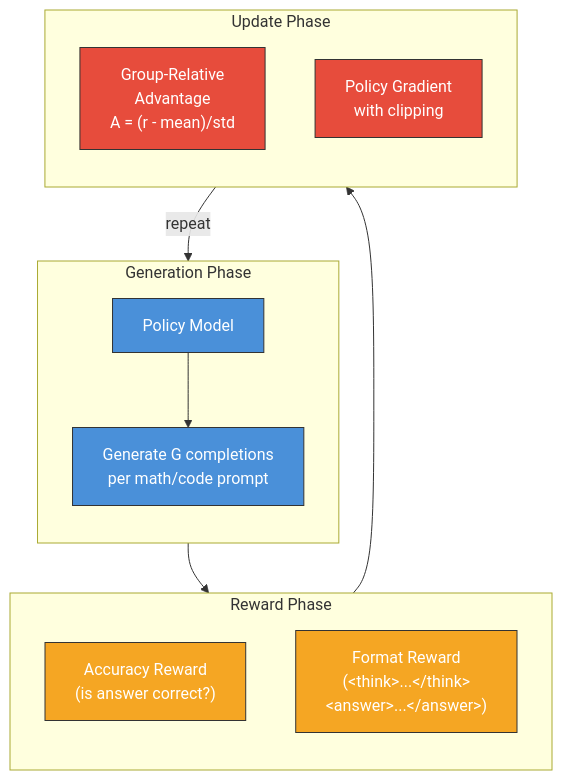
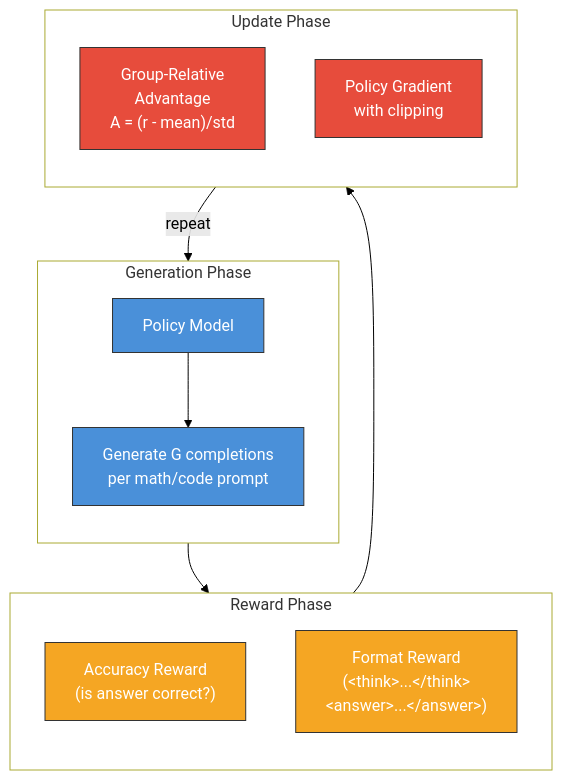
One commit to tanquangduong/tanquangduong.github.io changed the third of 10 diagrams in posts/llm/Training-LLMs-for-Reasoning.qmd. Above: the diagram before and after it, drawn with Mermaid. The commit also changed other lines of this file and 204 other files, not shown here.

````diff
--- a/posts/llm/Training-LLMs-for-Reasoning.qmd
+++ b/posts/llm/Training-LLMs-for-Reasoning.qmd
@@ -150,30 +152,34 @@
 ```{mermaid}
 graph TD
+    linkStyle default stroke:#000,color:#000
     subgraph Generation["Generation Phase"]
         direction TB
         A1["Policy Model"] --> A2["Generate G completions<br/>per math/code prompt"]
     end
 
     subgraph Reward["Reward Phase"]
         direction TB
         B1["Accuracy Reward<br/>(is answer correct?)"] 
         B2["Format Reward<br/>(&lt;think&gt;...&lt;/think&gt;<br/>&lt;answer&gt;...&lt;/answer&gt;)"]
     end
 
     subgraph Update["Update Phase"]
         direction TB
         C1["Group-Relative<br/>Advantage<br/>A = (r - mean)/std"]
         C2["Policy Gradient<br/>with clipping"]
     end
 
     Generation --> Reward
     Reward --> Update
     Update -->|"repeat"| Generation
 
     style A1 fill:#4a90d9,color:#fff,stroke:#333
     style A2 fill:#4a90d9,color:#fff,stroke:#333
     style B1 fill:#f5a623,color:#fff,stroke:#333
     style B2 fill:#f5a623,color:#fff,stroke:#333
     style C1 fill:#e74c3c,color:#fff,stroke:#333
     style C2 fill:#e74c3c,color:#fff,stroke:#333
+    style Generation fill:#fff
+    style Reward fill:#fff
+    style Update fill:#fff
 ```
````
